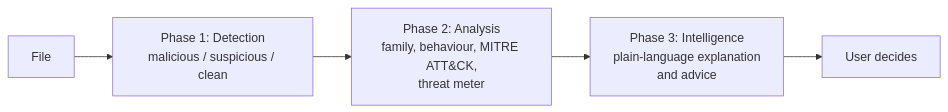
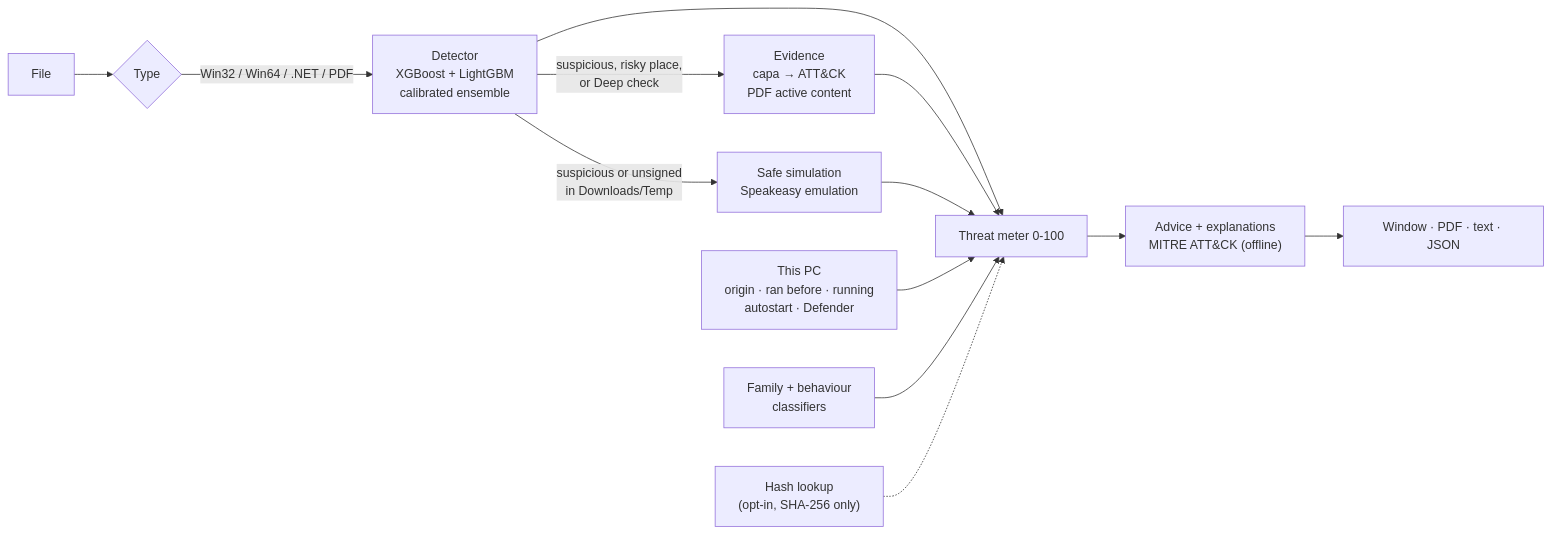
One commit to IncSimple/MLWINT changed the first of 2 diagrams in README.md. Above: the diagram before and after it, drawn with Mermaid. The commit also changed other lines of this file and 200 other files, not shown here.

````diff
--- a/README.md
+++ b/README.md
@@ -19,7 +85,15 @@
 ```mermaid
 flowchart LR
-    F[File] --> D["Phase 1: Detection<br/>malicious / suspicious / clean"]
-    D --> A["Phase 2: Analysis<br/>family, behaviour, MITRE ATT&CK,<br/>threat meter"]
-    A --> I["Phase 3: Intelligence<br/>plain-language explanation<br/>and advice"]
-    I --> U[User decides]
+    F[File] --> T{Type}
+    T -->|Win32 / Win64 / .NET / PDF| D["Detector<br/>XGBoost + LightGBM<br/>calibrated ensemble"]
+    D --> M["Threat meter 0-100"]
+    D -->|suspicious, risky place,<br/>or Deep check| E["Evidence<br/>capa → ATT&CK<br/>PDF active content"]
+    D -->|suspicious or unsigned<br/>in Downloads/Temp| S["Safe simulation<br/>Speakeasy emulation"]
+    E --> M
+    S --> M
+    C["This PC<br/>origin · ran before · running<br/>autostart · Defender"] --> M
+    K["Family + behaviour<br/>classifiers"] --> M
+    R["Hash lookup<br/>(opt-in, SHA-256 only)"] -.-> M
+    M --> A["Advice + explanations<br/>MITRE ATT&CK (offline)"]
+    A --> P["Window · PDF · text · JSON"]
 ```
````
